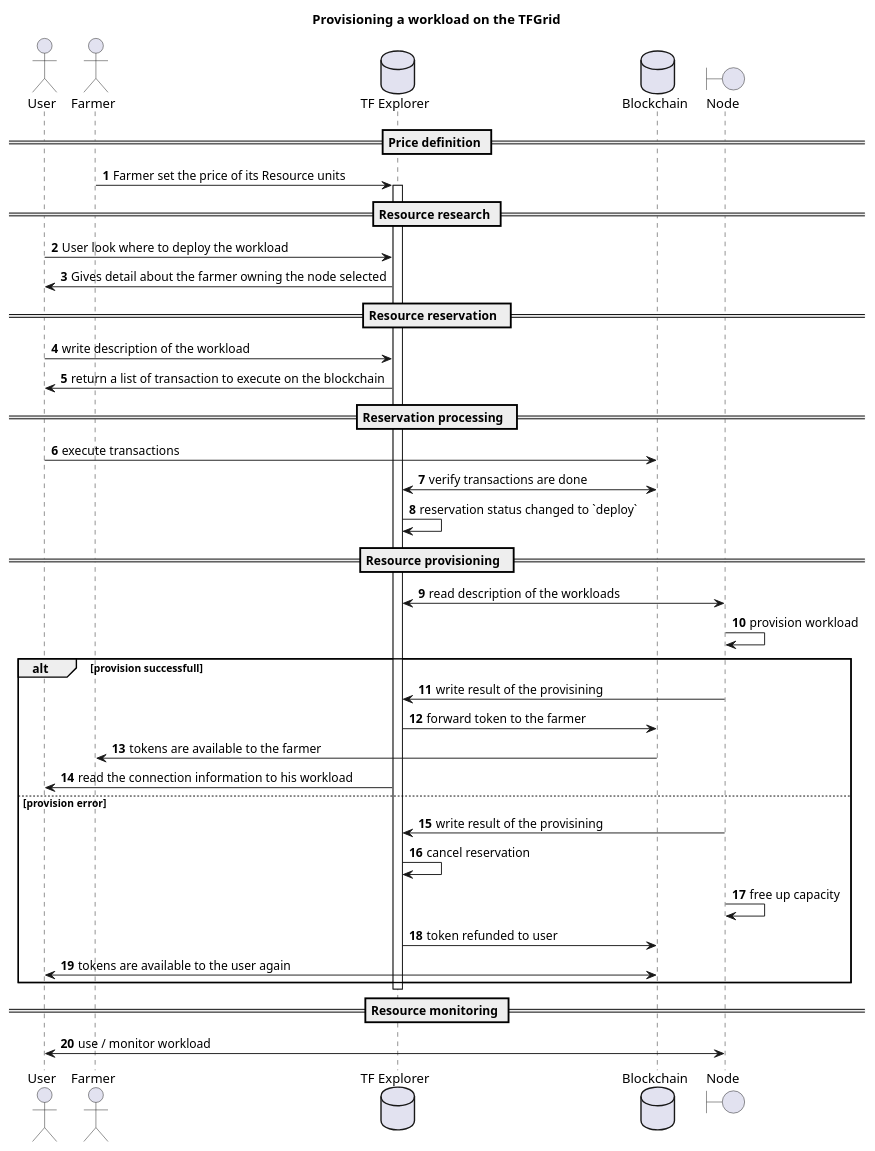
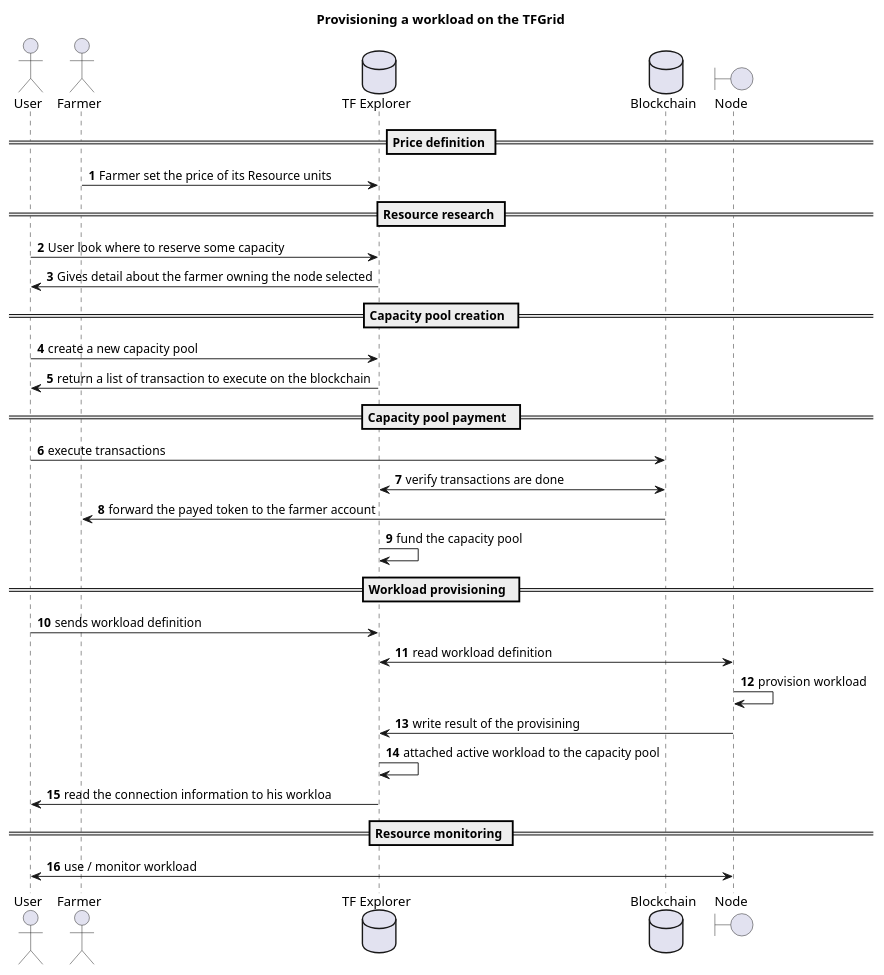
The diagram in assets/grid_provisioning2.wsd (threefoldtech/zos), drawn with PlantUML before and after one commit. The commit also changed 3 other files, not shown here.

```diff
--- a/assets/grid_provisioning2.wsd
+++ b/assets/grid_provisioning2.wsd
@@ -1,42 +1,33 @@
 @startuml
 title Provisioning a workload on the TFGrid
 
 autonumber
 actor "User" as user
 actor "Farmer" as farmer
 database "TF Explorer" as explorer
 database Blockchain as blockchain
 boundary Node as node
 
 == Price definition ==
 farmer -> explorer: Farmer set the price of its Resource units
 == Resource research ==
-activate explorer
-user -> explorer: User look where to deploy the workload
+user -> explorer: User look where to reserve some capacity
 user <- explorer: Gives detail about the farmer owning the node selected
-== Resource reservation  ==
-user -> explorer: write description of the workload
+== Capacity pool creation  ==
+user -> explorer: create a new capacity pool
 explorer -> user: return a list of transaction to execute on the blockchain
-== Reservation processing  ==
+== Capacity pool payment  ==
 user -> blockchain: execute transactions
 explorer <-> blockchain: verify transactions are done
-explorer -> explorer: reservation status changed to `deploy`
-== Resource provisioning  ==
-node <-> explorer: read description of the workloads
+blockchain -> farmer: forward the payed token to the farmer account
+explorer -> explorer: fund the capacity pool
+== Workload provisioning  ==
+user -> explorer: sends workload definition
+node <-> explorer: read workload definition
 node -> node: provision workload
-alt provision successfull
-    node -> explorer: write result of the provisining
-    explorer -> blockchain: forward token to the farmer
-    blockchain -> farmer: tokens are available to the farmer
-    user <- explorer: read the connection information to his workload
-else provision error
-    node -> explorer: write result of the provisining
-    explorer -> explorer: cancel reservation
-    node -> node: free up capacity
-    explorer -> blockchain: token refunded to user 
-    blockchain <-> user: tokens are available to the user again
-end
-deactivate explorer
+node -> explorer: write result of the provisining
+explorer -> explorer: attached active workload to the capacity pool
+user <- explorer: read the connection information to his workloa
 == Resource monitoring ==
 user <-> node: use / monitor workload
 @enduml
```
